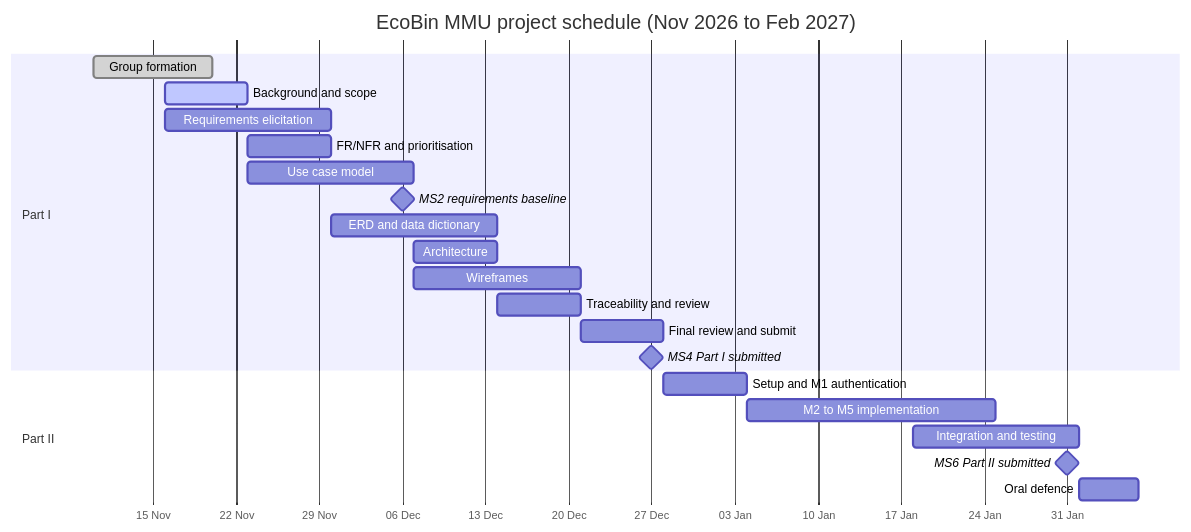
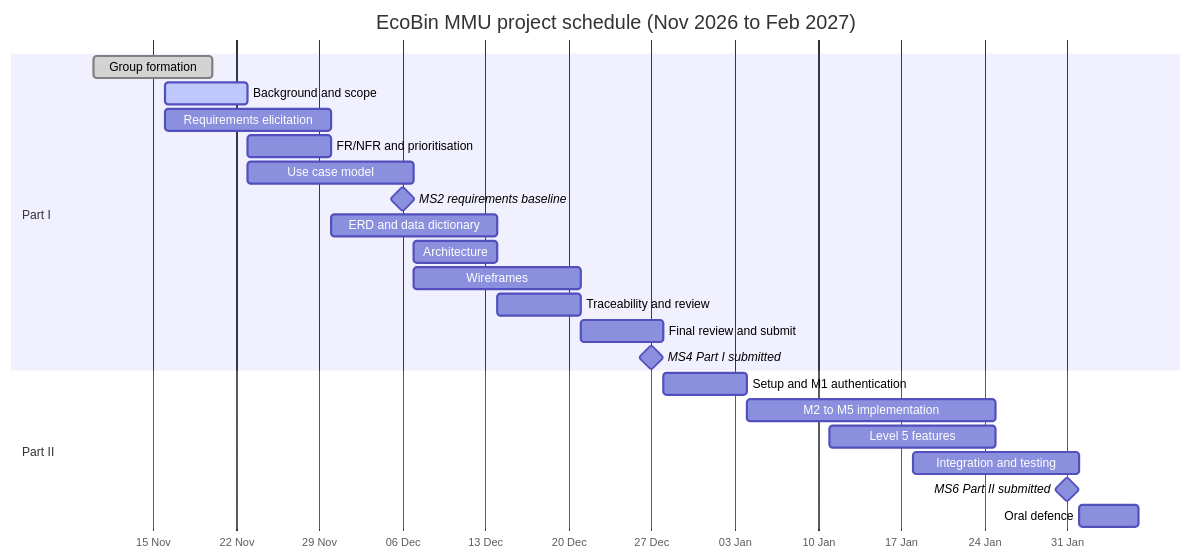
One commit to KeemHEHE/-CSE6214-Software-Engineering- changed the first of 5 diagrams in docs/PART_I_REPORT.md. Above: the diagram before and after it, drawn with Mermaid. The commit also changed other lines of this file, not shown here.

First line of the commit message:
Make report consistent with work split and Level 5 features

````diff
--- a/docs/PART_I_REPORT.md
+++ b/docs/PART_I_REPORT.md
@@ -141,25 +143,26 @@
 ```mermaid
 gantt
     title EcoBin MMU project schedule (Nov 2026 to Feb 2027)
     dateFormat  YYYY-MM-DD
     axisFormat  %d %b
     section Part I
     Group formation              :done,   p1, 2026-11-10, 2026-11-20
     Background and scope         :active, p2, 2026-11-16, 7d
     Requirements elicitation     :        p3, 2026-11-16, 14d
     FR/NFR and prioritisation    :        p4, 2026-11-23, 7d
     Use case model               :        p5, 2026-11-23, 14d
     MS2 requirements baseline    :milestone, m2, 2026-12-06, 0d
     ERD and data dictionary      :        p6, 2026-11-30, 14d
     Architecture                 :        p7, 2026-12-07, 7d
     Wireframes                   :        p8, 2026-12-07, 14d
     Traceability and review      :        p9, 2026-12-14, 7d
     Final review and submit      :        p10, 2026-12-21, 7d
     MS4 Part I submitted         :milestone, m4, 2026-12-27, 0d
     section Part II
     Setup and M1 authentication  :        q1, 2026-12-28, 7d
     M2 to M5 implementation      :        q2, 2027-01-04, 21d
+    Level 5 features             :        q5, 2027-01-11, 14d
     Integration and testing      :        q3, 2027-01-18, 14d
     MS6 Part II submitted        :milestone, m6, 2027-01-31, 0d
     Oral defence                 :        q4, 2027-02-01, 5d
 ```
````
